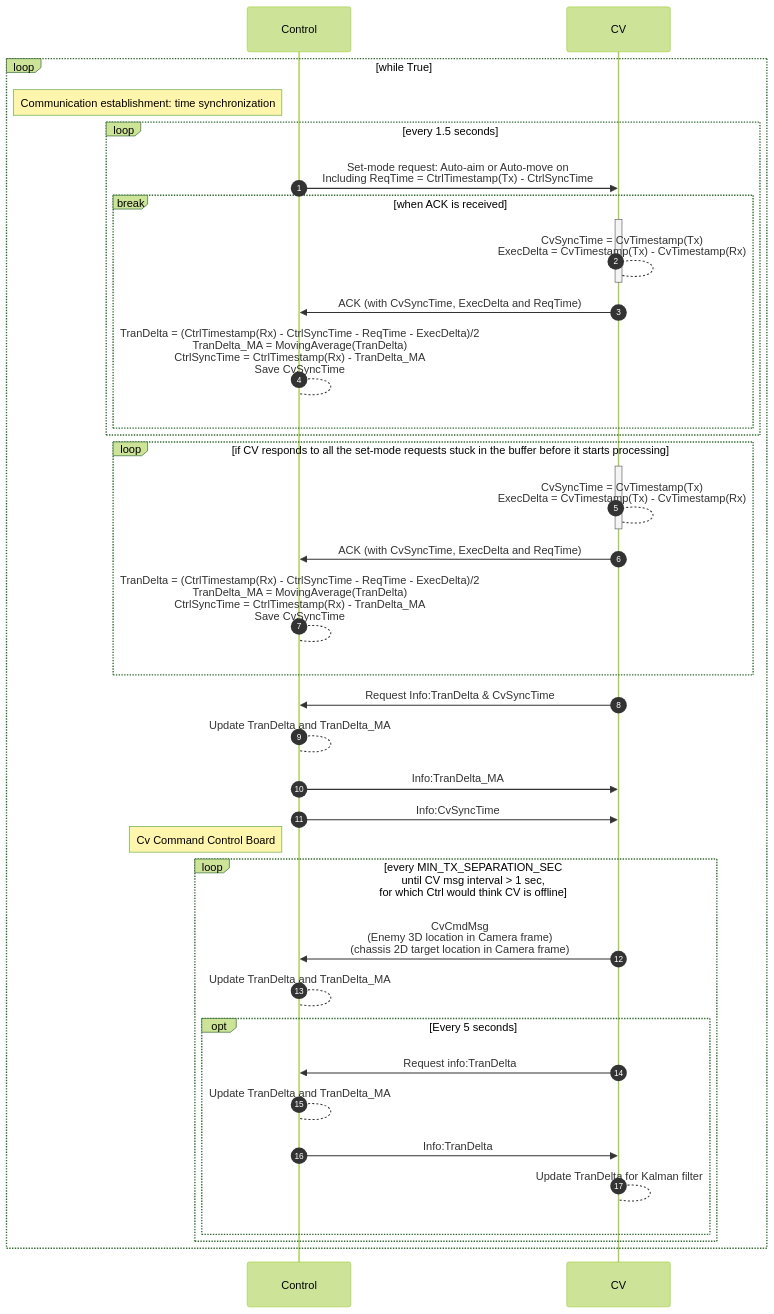
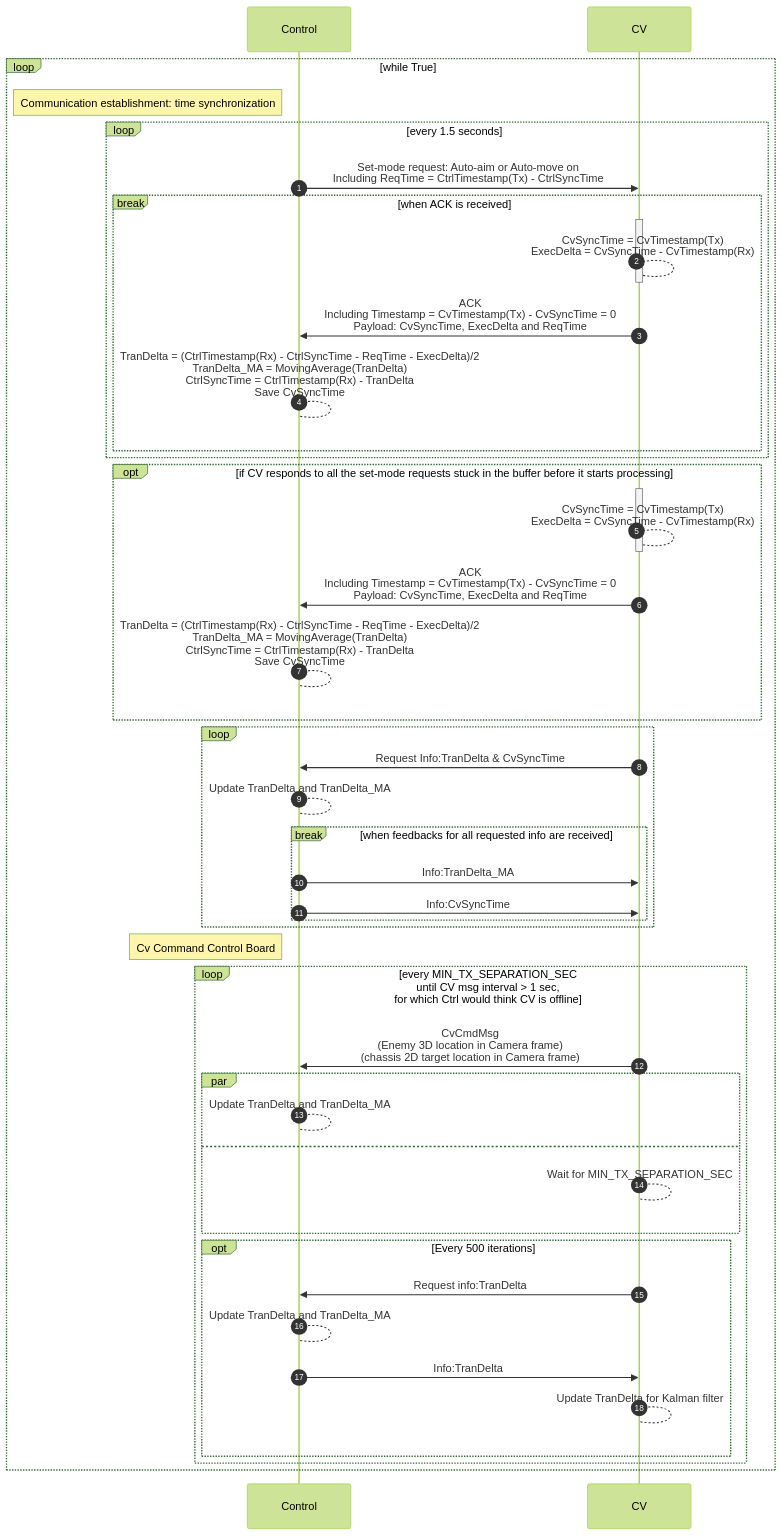
Before and after one commit to macrobomastercontrolteam/CV_Interface: the first of 3 diagrams in README.md, drawn with Mermaid (forest theme). The commit also changed other lines of this file and 1 other file, not shown here.

Commit message:
Implemented Timestamp sync process

````diff
--- a/README.md
+++ b/README.md
@@ -39,42 +38,50 @@
 ``` mermaid
 sequenceDiagram
     autonumber
     loop while True
         Note left of Control: Communication establishment: time synchronization
         loop every 1.5 seconds
             Control->>CV :Set-mode request: Auto-aim or Auto-move on<br/>Including ReqTime = CtrlTimestamp(Tx) - CtrlSyncTime
             break when ACK is received
                 activate CV
-                CV-->CV :CvSyncTime = CvTimestamp(Tx)<br/>ExecDelta = CvTimestamp(Tx) - CvTimestamp(Rx)
+                CV-->CV :CvSyncTime = CvTimestamp(Tx)<br/>ExecDelta = CvSyncTime - CvTimestamp(Rx)
                 deactivate CV
-                CV->>Control :ACK (with CvSyncTime, ExecDelta and ReqTime)
-                Control-->Control: TranDelta = (CtrlTimestamp(Rx) - CtrlSyncTime - ReqTime - ExecDelta)/2<br/>TranDelta_MA = MovingAverage(TranDelta)<br/>CtrlSyncTime = CtrlTimestamp(Rx) - TranDelta_MA<br/>Save CvSyncTime
+                CV->>Control :ACK<br/>Including Timestamp = CvTimestamp(Tx) - CvSyncTime = 0<br/>Payload: CvSyncTime, ExecDelta and ReqTime
+                Control-->Control: TranDelta = (CtrlTimestamp(Rx) - CtrlSyncTime - ReqTime - ExecDelta)/2<br/>TranDelta_MA = MovingAverage(TranDelta)<br/>CtrlSyncTime = CtrlTimestamp(Rx) - TranDelta<br/>Save CvSyncTime
             end
         end
 
-        loop if CV responds to all the set-mode requests stuck in the buffer before it starts processing
+        opt if CV responds to all the set-mode requests stuck in the buffer before it starts processing
             activate CV
-            CV-->CV :CvSyncTime = CvTimestamp(Tx)<br/>ExecDelta = CvTimestamp(Tx) - CvTimestamp(Rx)
+            CV-->CV :CvSyncTime = CvTimestamp(Tx)<br/>ExecDelta = CvSyncTime - CvTimestamp(Rx)
             deactivate CV
-            CV->>Control :ACK (with CvSyncTime, ExecDelta and ReqTime)
-            Control-->Control: TranDelta = (CtrlTimestamp(Rx) - CtrlSyncTime - ReqTime - ExecDelta)/2<br/>TranDelta_MA = MovingAverage(TranDelta)<br/>CtrlSyncTime = CtrlTimestamp(Rx) - TranDelta_MA<br/>Save CvSyncTime
+            CV->>Control :ACK<br/>Including Timestamp = CvTimestamp(Tx) - CvSyncTime = 0<br/>Payload: CvSyncTime, ExecDelta and ReqTime
+            Control-->Control: TranDelta = (CtrlTimestamp(Rx) - CtrlSyncTime - ReqTime - ExecDelta)/2<br/>TranDelta_MA = MovingAverage(TranDelta)<br/>CtrlSyncTime = CtrlTimestamp(Rx) - TranDelta<br/>Save CvSyncTime
         end
 
-        CV->>Control :Request Info:TranDelta & CvSyncTime
-        Control-->Control :Update TranDelta and TranDelta_MA
-        Control->>CV :Info:TranDelta_MA
-        Control->>CV :Info:CvSyncTime
+        loop
+            CV->>Control :Request Info:TranDelta & CvSyncTime
+            Control-->Control :Update TranDelta and TranDelta_MA
+            break when feedbacks for all requested info are received
+                Control->>CV :Info:TranDelta_MA
+                Control->>CV :Info:CvSyncTime
+            end
+        end
 
         Note left of Control: Cv Command Control Board
         loop every MIN_TX_SEPARATION_SEC<br/>until CV msg interval > 1 sec,<br/>for which Ctrl would think CV is offline
             CV->>Control :CvCmdMsg<br/>(Enemy 3D location in Camera frame)<br/>(chassis 2D target location in Camera frame)
-            Control-->Control :Update TranDelta and TranDelta_MA
-            opt Every 5 seconds
+            par
+                Control-->Control :Update TranDelta and TranDelta_MA
+            and
+                CV-->CV :Wait for MIN_TX_SEPARATION_SEC
+            end
+            opt Every 500 iterations
                 CV->>Control :Request info:TranDelta
                 Control-->Control :Update TranDelta and TranDelta_MA
                 Control->>CV :Info:TranDelta
                 CV-->CV :Update TranDelta for Kalman filter
             end
         end
     end
 ```
````
